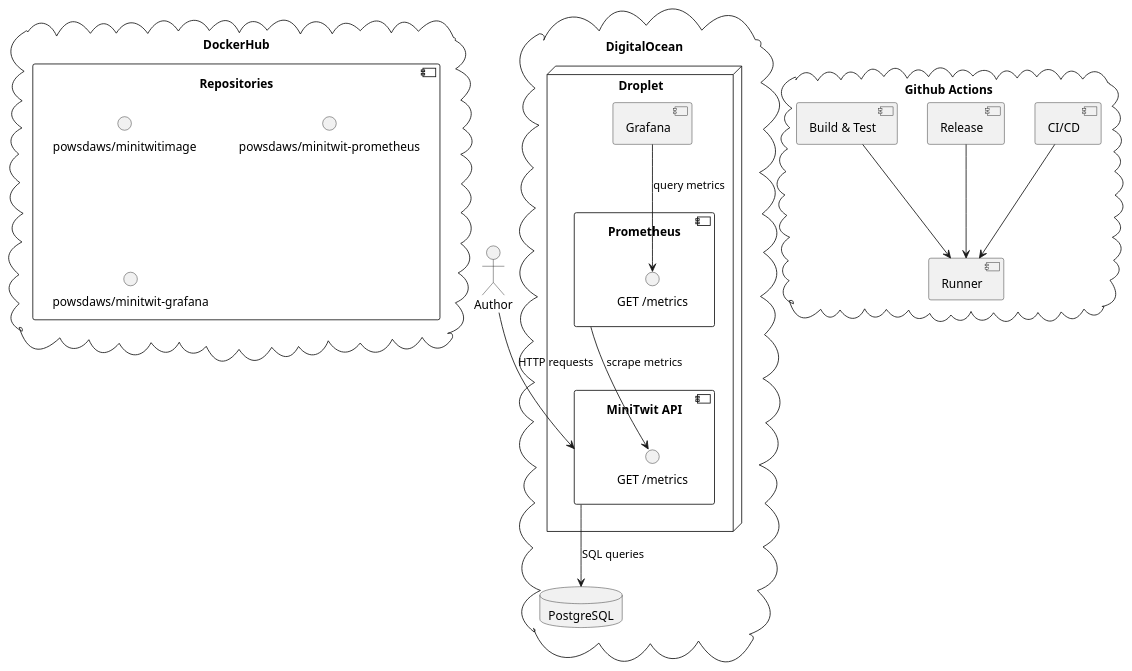
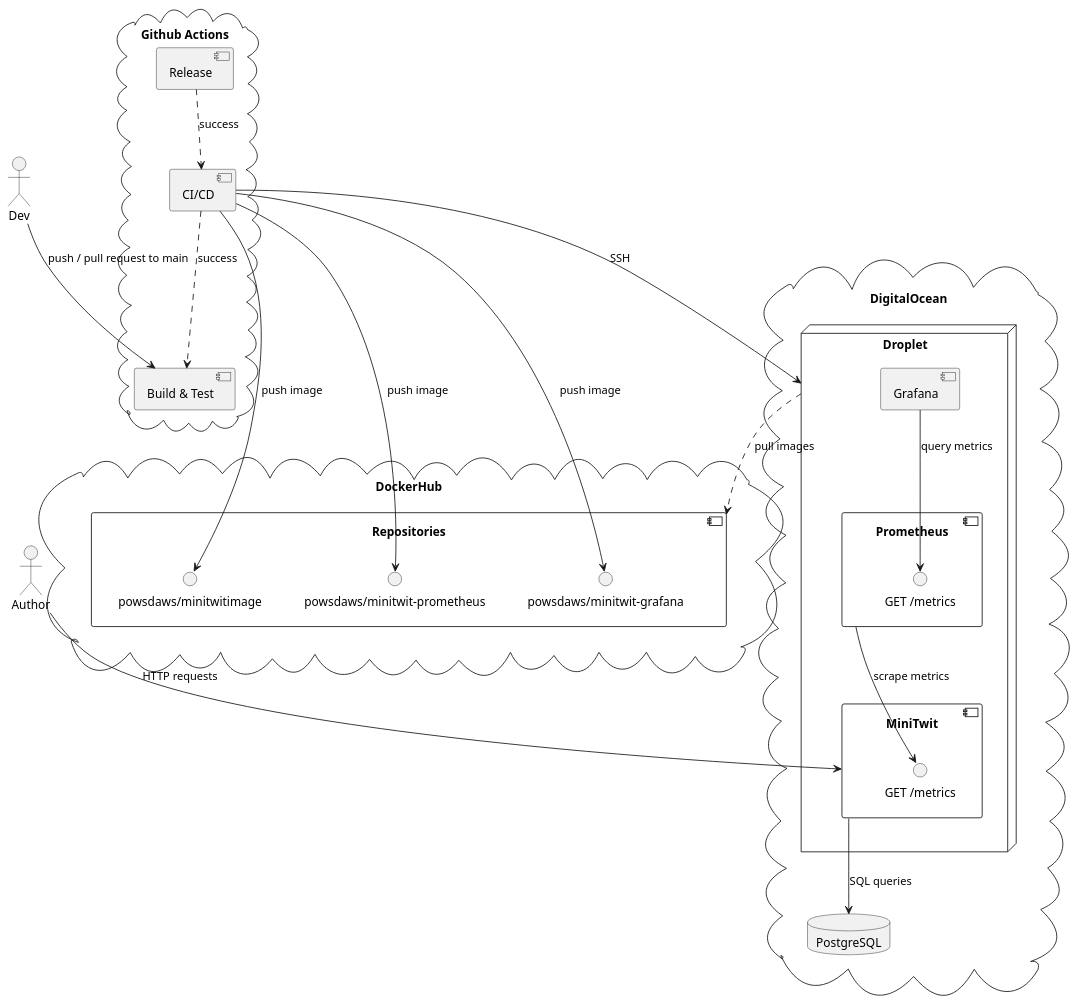
The diagram in docs/subsystem.puml (DevBobs-devops/Devbobs_MiniTwit), drawn with PlantUML before and after one commit. The commit also changed other lines of this file and 2 other files, not shown here.

Commit message:
feat: added connection in UML Component diagram

```diff
--- a/docs/subsystem.puml
+++ b/docs/subsystem.puml
@@ -1,51 +1,42 @@
 @startuml
-
+actor Author
 cloud "DigitalOcean" {
-  node "Droplet" {
-
-    component "MiniTwit API" as minitwit {
+  node "Droplet" as vm {
+    component "MiniTwit" as minitwit {
       interface "GET /metrics" as minitwit_metrics
     }
-
     component "Prometheus" as prometheus {
       interface "GET /metrics" as prom_api
     }
-
     component "Grafana" as grafana
   }
   
   database "PostgreSQL" as db
 }
-
-
 cloud "DockerHub" {
-  component "Repositories" {
+  component "Repositories" as repositories {
       interface "powsdaws/minitwitimage" as mt_repo
       interface "powsdaws/minitwit-prometheus" as prom_repo
       interface "powsdaws/minitwit-grafana" as grafana_repo
   }
   
 }
-
-cloud "Github Actions" {
-    [CI/CD]
-    [Release]
-    [Build & Test]
-    [Runner]
+cloud "Github Actions" as github_actions {
+    component "CI/CD" as cicd
+    component "Build & Test" as build_test
+    component "Release" as release
 }
-
-actor Author
-
+cicd ..> build_test : success
+cicd --> mt_repo : push image
+cicd --> prom_repo : push image
+cicd --> grafana_repo : push image
+cicd --> vm : SSH
+vm ..> repositories : pull images
+release ..> cicd : success
+actor Dev 
+Dev --> build_test : push / pull request to main
 Author --> minitwit : HTTP requests
 minitwit --> db : SQL queries
-
 prometheus --> minitwit_metrics : scrape metrics
 grafana --> prom_api : query metrics
-
-[CI/CD] --> [Runner]
-[Release] --> [Runner]
-[Build & Test] --> [Runner]
-
-
-
 @enduml
```
